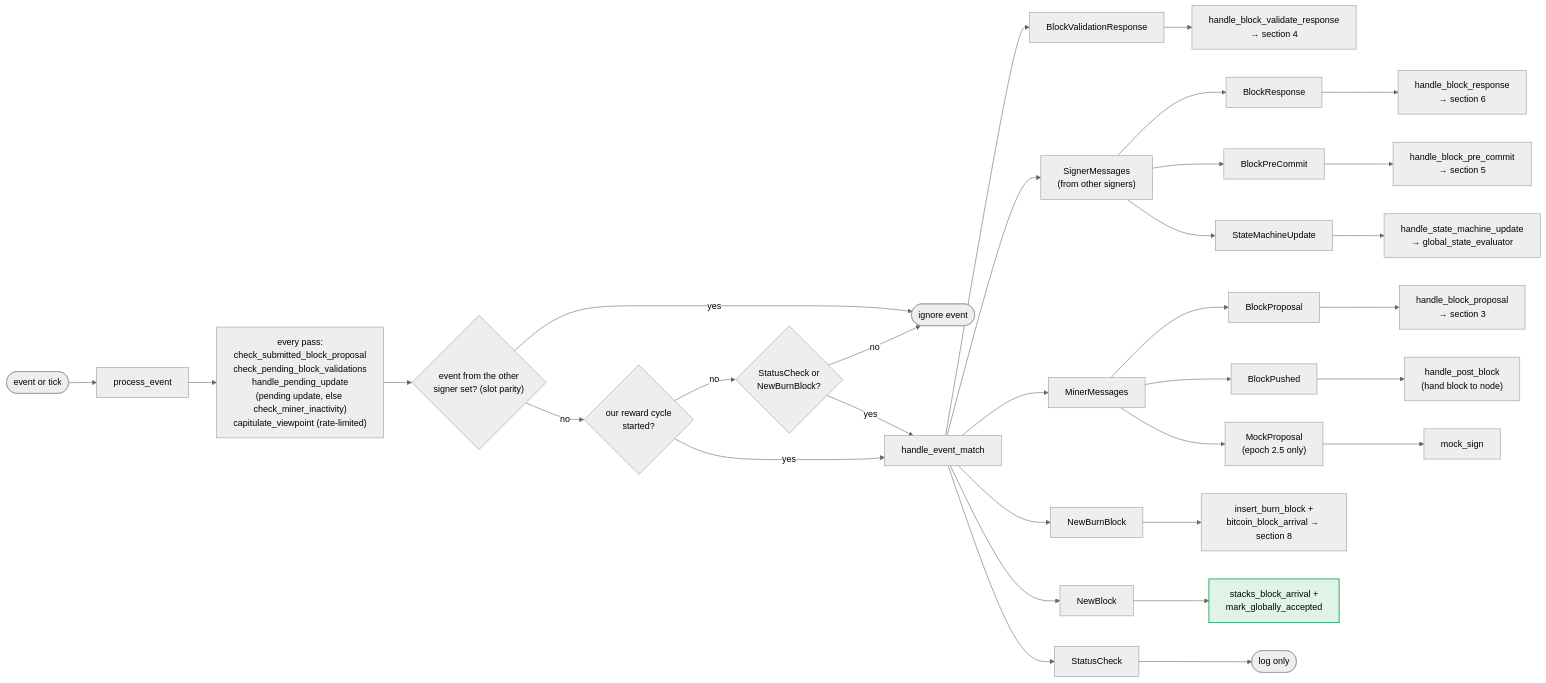
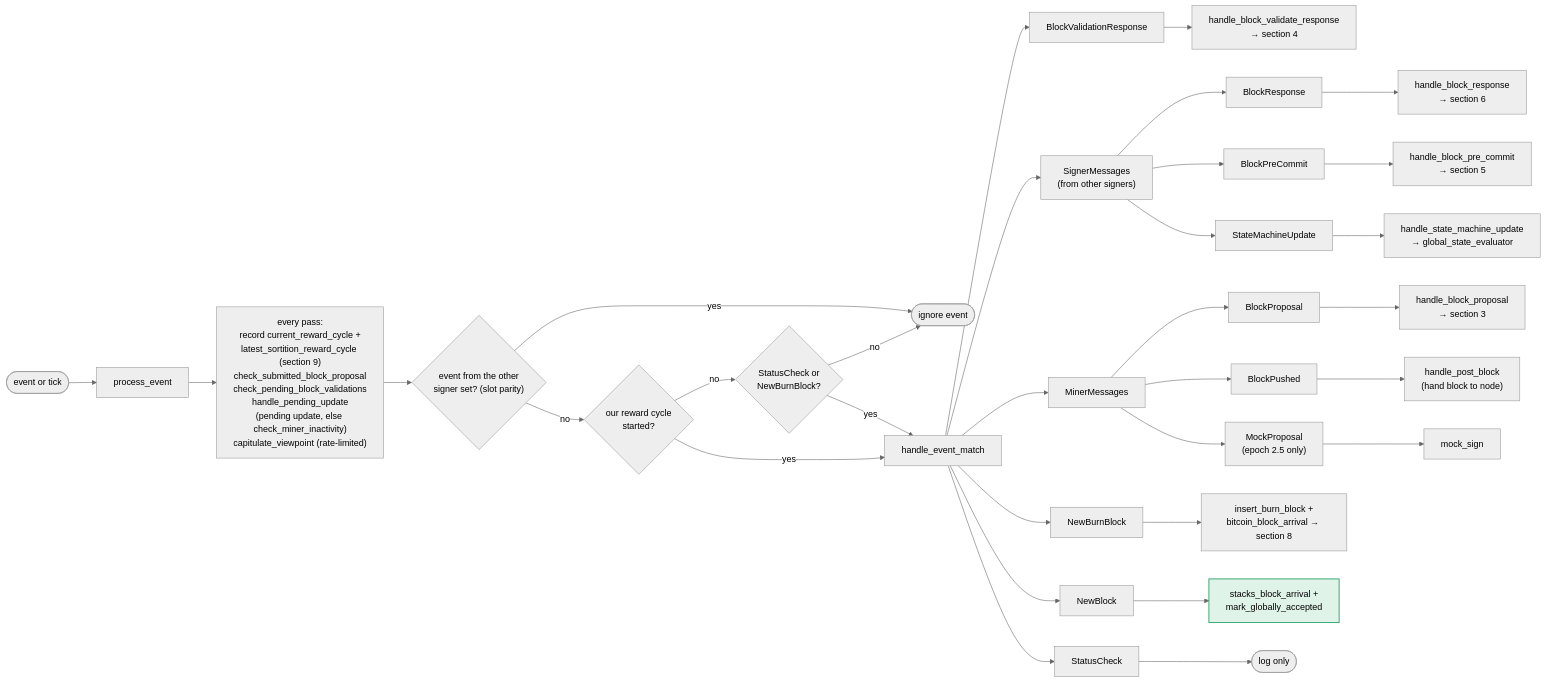
The second of 10 diagrams in docs/signer-flows.md (stacks-network/stacks-core), drawn with Mermaid (neutral theme) before and after one commit. The commit also changed other lines of this file and 8 other files, not shown here.

````diff
--- a/docs/signer-flows.md
+++ b/docs/signer-flows.md
@@ -89,25 +97,25 @@
 ```mermaid
 flowchart LR
     EV(["event or tick"]) --> PE["process_event"]
-    PE --> HK["every pass:<br/>check_submitted_block_proposal<br/>check_pending_block_validations<br/>handle_pending_update<br/>(pending update, else check_miner_inactivity)<br/>capitulate_viewpoint (rate-limited)"]
+    PE --> HK["every pass:<br/>record current_reward_cycle +<br/>latest_sortition_reward_cycle (section 9)<br/>check_submitted_block_proposal<br/>check_pending_block_validations<br/>handle_pending_update<br/>(pending update, else check_miner_inactivity)<br/>capitulate_viewpoint (rate-limited)"]
     HK --> PAR{"event from the other<br/>signer set? (slot parity)"}
     PAR -- yes --> SKIP(["ignore event"])
     PAR -- no --> STARTED{"our reward cycle<br/>started?"}
     STARTED -- no --> EARLY{"StatusCheck or<br/>NewBurnBlock?"}
     EARLY -- no --> SKIP
     EARLY -- yes --> HEM
     STARTED -- yes --> HEM["handle_event_match"]
     HEM --> E1["BlockValidationResponse"] --> H1["handle_block_validate_response<br/>→ section 4"]
     HEM --> E2["SignerMessages<br/>(from other signers)"]
     E2 --> M1["BlockResponse"] --> H2["handle_block_response<br/>→ section 6"]
     E2 --> M2["BlockPreCommit"] --> H3["handle_block_pre_commit<br/>→ section 5"]
     E2 --> M3["StateMachineUpdate"] --> H4["handle_state_machine_update<br/>→ global_state_evaluator"]
     HEM --> E3["MinerMessages"]
     E3 --> M4["BlockProposal"] --> H5["handle_block_proposal<br/>→ section 3"]
     E3 --> M5["BlockPushed"] --> H6["handle_post_block<br/>(hand block to node)"]
     E3 --> M6["MockProposal<br/>(epoch 2.5 only)"] --> H7["mock_sign"]
     HEM --> E4["NewBurnBlock"] --> H8["insert_burn_block +<br/>bitcoin_block_arrival → section 8"]
     HEM --> E5["NewBlock"] --> H9["stacks_block_arrival +<br/>mark_globally_accepted"]:::good
     HEM --> E6["StatusCheck"] --> H10(["log only"])
     classDef good fill:#17a45c22,stroke:#1d9d5f,stroke-width:1.5px;
 ```
````
